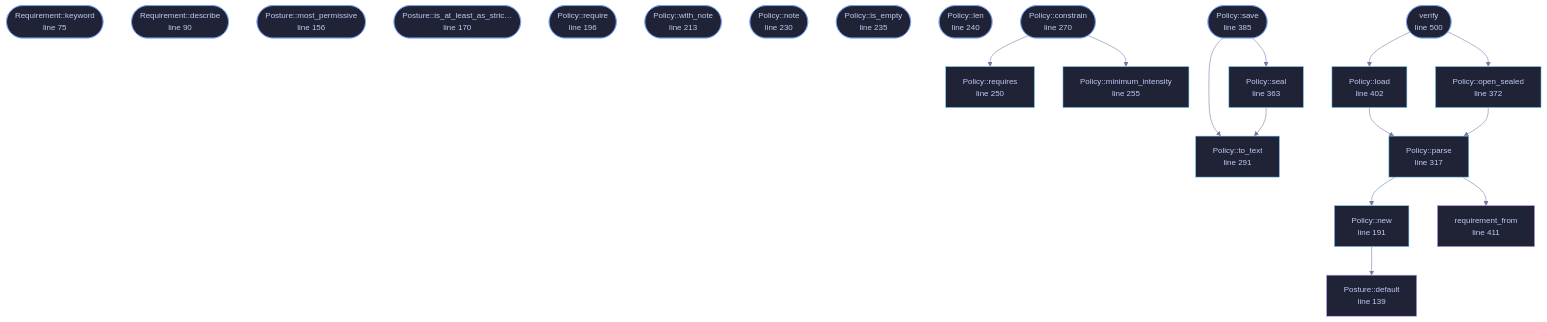
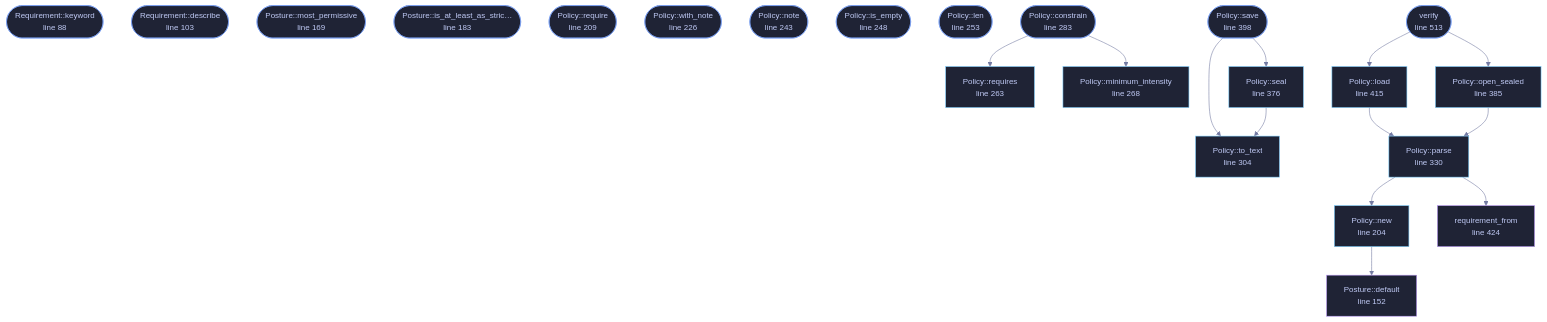
The diagram in docs/files/veilvoice-policy/policy.md (tilas01/veilvoice), drawn with Mermaid before and after one commit. The commit also changed other lines of this file and 487 other files, not shown here.

````diff
--- a/docs/files/veilvoice-policy/policy.md
+++ b/docs/files/veilvoice-policy/policy.md
@@ -112,66 +126,66 @@
 ```mermaid
 %%{init: {"theme":"base","themeVariables":{"background":"#1a1b26","primaryColor":"#1f2335","primaryTextColor":"#c0caf5","primaryBorderColor":"#7aa2f7","secondaryColor":"#16161e","tertiaryColor":"#16161e","lineColor":"#737aa2","textColor":"#c0caf5","mainBkg":"#1f2335","nodeBorder":"#7aa2f7","clusterBkg":"#16161e","clusterBorder":"#2f3549","fontFamily":"ui-monospace, SFMono-Regular, Consolas, monospace","fontSize":"14px"}}}%%
 flowchart TD
-    n_keyword(["Requirement::keyword<br/>line 75"])
-    n_describe(["Requirement::describe<br/>line 90"])
-    n_default["Posture::default<br/>line 139"]
-    n_most_permissive(["Posture::most_permissive<br/>line 156"])
-    n_is_at_least_as_strict_as(["Posture::is_at_least_as_stric…<br/>line 170"])
-    n_new["Policy::new<br/>line 191"]
-    n_require(["Policy::require<br/>line 196"])
-    n_with_note(["Policy::with_note<br/>line 213"])
-    n_note(["Policy::note<br/>line 230"])
-    n_is_empty(["Policy::is_empty<br/>line 235"])
-    n_len(["Policy::len<br/>line 240"])
-    n_requires["Policy::requires<br/>line 250"]
-    n_minimum_intensity["Policy::minimum_intensity<br/>line 255"]
-    n_constrain(["Policy::constrain<br/>line 270"])
-    n_to_text["Policy::to_text<br/>line 291"]
-    n_parse["Policy::parse<br/>line 317"]
-    n_seal["Policy::seal<br/>line 363"]
-    n_open_sealed["Policy::open_sealed<br/>line 372"]
-    n_save(["Policy::save<br/>line 385"])
-    n_load["Policy::load<br/>line 402"]
-    n_requirement_from["requirement_from<br/>line 411"]
-    n_verify(["verify<br/>line 500"])
+    n_keyword(["Requirement::keyword<br/>line 88"])
+    n_describe(["Requirement::describe<br/>line 103"])
+    n_default["Posture::default<br/>line 152"]
+    n_most_permissive(["Posture::most_permissive<br/>line 169"])
+    n_is_at_least_as_strict_as(["Posture::is_at_least_as_stric…<br/>line 183"])
+    n_new["Policy::new<br/>line 204"]
+    n_require(["Policy::require<br/>line 209"])
+    n_with_note(["Policy::with_note<br/>line 226"])
+    n_note(["Policy::note<br/>line 243"])
+    n_is_empty(["Policy::is_empty<br/>line 248"])
+    n_len(["Policy::len<br/>line 253"])
+    n_requires["Policy::requires<br/>line 263"]
+    n_minimum_intensity["Policy::minimum_intensity<br/>line 268"]
+    n_constrain(["Policy::constrain<br/>line 283"])
+    n_to_text["Policy::to_text<br/>line 304"]
+    n_parse["Policy::parse<br/>line 330"]
+    n_seal["Policy::seal<br/>line 376"]
+    n_open_sealed["Policy::open_sealed<br/>line 385"]
+    n_save(["Policy::save<br/>line 398"])
+    n_load["Policy::load<br/>line 415"]
+    n_requirement_from["requirement_from<br/>line 424"]
+    n_verify(["verify<br/>line 513"])
     n_constrain --> n_minimum_intensity
     n_constrain --> n_requires
     n_load --> n_parse
     n_new --> n_default
     n_open_sealed --> n_parse
     n_parse --> n_new
     n_parse --> n_requirement_from
     n_save --> n_seal
     n_save --> n_to_text
     n_seal --> n_to_text
     n_verify --> n_load
     n_verify --> n_open_sealed
-    click n_keyword href "https://github.com/tilas01/veilvoice/blob/main/crates/veilvoice-policy/src/policy.rs#L75" "open the source"
-    click n_describe href "https://github.com/tilas01/veilvoice/blob/main/crates/veilvoice-policy/src/policy.rs#L90" "open the source"
-    click n_default href "https://github.com/tilas01/veilvoice/blob/main/crates/veilvoice-policy/src/policy.rs#L139" "open the source"
-    click n_most_permissive href "https://github.com/tilas01/veilvoice/blob/main/crates/veilvoice-policy/src/policy.rs#L156" "open the source"
-    click n_is_at_least_as_strict_as href "https://github.com/tilas01/veilvoice/blob/main/crates/veilvoice-policy/src/policy.rs#L170" "open the source"
-    click n_new href "https://github.com/tilas01/veilvoice/blob/main/crates/veilvoice-policy/src/policy.rs#L191" "open the source"
-    click n_require href "https://github.com/tilas01/veilvoice/blob/main/crates/veilvoice-policy/src/policy.rs#L196" "open the source"
-    click n_with_note href "https://github.com/tilas01/veilvoice/blob/main/crates/veilvoice-policy/src/policy.rs#L213" "open the source"
-    click n_note href "https://github.com/tilas01/veilvoice/blob/main/crates/veilvoice-policy/src/policy.rs#L230" "open the source"
-    click n_is_empty href "https://github.com/tilas01/veilvoice/blob/main/crates/veilvoice-policy/src/policy.rs#L235" "open the source"
-    click n_len href "https://github.com/tilas01/veilvoice/blob/main/crates/veilvoice-policy/src/policy.rs#L240" "open the source"
-    click n_requires href "https://github.com/tilas01/veilvoice/blob/main/crates/veilvoice-policy/src/policy.rs#L250" "open the source"
-    click n_minimum_intensity href "https://github.com/tilas01/veilvoice/blob/main/crates/veilvoice-policy/src/policy.rs#L255" "open the source"
-    click n_constrain href "https://github.com/tilas01/veilvoice/blob/main/crates/veilvoice-policy/src/policy.rs#L270" "open the source"
-    click n_to_text href "https://github.com/tilas01/veilvoice/blob/main/crates/veilvoice-policy/src/policy.rs#L291" "open the source"
-    click n_parse href "https://github.com/tilas01/veilvoice/blob/main/crates/veilvoice-policy/src/policy.rs#L317" "open the source"
-    click n_seal href "https://github.com/tilas01/veilvoice/blob/main/crates/veilvoice-policy/src/policy.rs#L363" "open the source"
-    click n_open_sealed href "https://github.com/tilas01/veilvoice/blob/main/crates/veilvoice-policy/src/policy.rs#L372" "open the source"
-    click n_save href "https://github.com/tilas01/veilvoice/blob/main/crates/veilvoice-policy/src/policy.rs#L385" "open the source"
-    click n_load href "https://github.com/tilas01/veilvoice/blob/main/crates/veilvoice-policy/src/policy.rs#L402" "open the source"
-    click n_requirement_from href "https://github.com/tilas01/veilvoice/blob/main/crates/veilvoice-policy/src/policy.rs#L411" "open the source"
-    click n_verify href "https://github.com/tilas01/veilvoice/blob/main/crates/veilvoice-policy/src/policy.rs#L500" "open the source"
+    click n_keyword href "https://github.com/tilas01/veilvoice/blob/main/crates/veilvoice-policy/src/policy.rs#L88" "open the source"
+    click n_describe href "https://github.com/tilas01/veilvoice/blob/main/crates/veilvoice-policy/src/policy.rs#L103" "open the source"
+    click n_default href "https://github.com/tilas01/veilvoice/blob/main/crates/veilvoice-policy/src/policy.rs#L152" "open the source"
+    click n_most_permissive href "https://github.com/tilas01/veilvoice/blob/main/crates/veilvoice-policy/src/policy.rs#L169" "open the source"
+    click n_is_at_least_as_strict_as href "https://github.com/tilas01/veilvoice/blob/main/crates/veilvoice-policy/src/policy.rs#L183" "open the source"
+    click n_new href "https://github.com/tilas01/veilvoice/blob/main/crates/veilvoice-policy/src/policy.rs#L204" "open the source"
+    click n_require href "https://github.com/tilas01/veilvoice/blob/main/crates/veilvoice-policy/src/policy.rs#L209" "open the source"
+    click n_with_note href "https://github.com/tilas01/veilvoice/blob/main/crates/veilvoice-policy/src/policy.rs#L226" "open the source"
+    click n_note href "https://github.com/tilas01/veilvoice/blob/main/crates/veilvoice-policy/src/policy.rs#L243" "open the source"
+    click n_is_empty href "https://github.com/tilas01/veilvoice/blob/main/crates/veilvoice-policy/src/policy.rs#L248" "open the source"
+    click n_len href "https://github.com/tilas01/veilvoice/blob/main/crates/veilvoice-policy/src/policy.rs#L253" "open the source"
+    click n_requires href "https://github.com/tilas01/veilvoice/blob/main/crates/veilvoice-policy/src/policy.rs#L263" "open the source"
+    click n_minimum_intensity href "https://github.com/tilas01/veilvoice/blob/main/crates/veilvoice-policy/src/policy.rs#L268" "open the source"
+    click n_constrain href "https://github.com/tilas01/veilvoice/blob/main/crates/veilvoice-policy/src/policy.rs#L283" "open the source"
+    click n_to_text href "https://github.com/tilas01/veilvoice/blob/main/crates/veilvoice-policy/src/policy.rs#L304" "open the source"
+    click n_parse href "https://github.com/tilas01/veilvoice/blob/main/crates/veilvoice-policy/src/policy.rs#L330" "open the source"
+    click n_seal href "https://github.com/tilas01/veilvoice/blob/main/crates/veilvoice-policy/src/policy.rs#L376" "open the source"
+    click n_open_sealed href "https://github.com/tilas01/veilvoice/blob/main/crates/veilvoice-policy/src/policy.rs#L385" "open the source"
+    click n_save href "https://github.com/tilas01/veilvoice/blob/main/crates/veilvoice-policy/src/policy.rs#L398" "open the source"
+    click n_load href "https://github.com/tilas01/veilvoice/blob/main/crates/veilvoice-policy/src/policy.rs#L415" "open the source"
+    click n_requirement_from href "https://github.com/tilas01/veilvoice/blob/main/crates/veilvoice-policy/src/policy.rs#L424" "open the source"
+    click n_verify href "https://github.com/tilas01/veilvoice/blob/main/crates/veilvoice-policy/src/policy.rs#L513" "open the source"
     classDef entry fill:#1f2335,stroke:#7aa2f7,color:#c0caf5
     class n_keyword,n_describe,n_most_permissive,n_is_at_least_as_strict_as,n_require,n_with_note,n_note,n_is_empty,n_len,n_constrain,n_save,n_verify entry
     classDef api fill:#1f2335,stroke:#7dcfff,color:#c0caf5
     class n_new,n_requires,n_minimum_intensity,n_to_text,n_parse,n_seal,n_open_sealed,n_load api
     classDef helper fill:#1f2335,stroke:#bb9af7,color:#c0caf5
     class n_default,n_requirement_from helper
 ```
````
